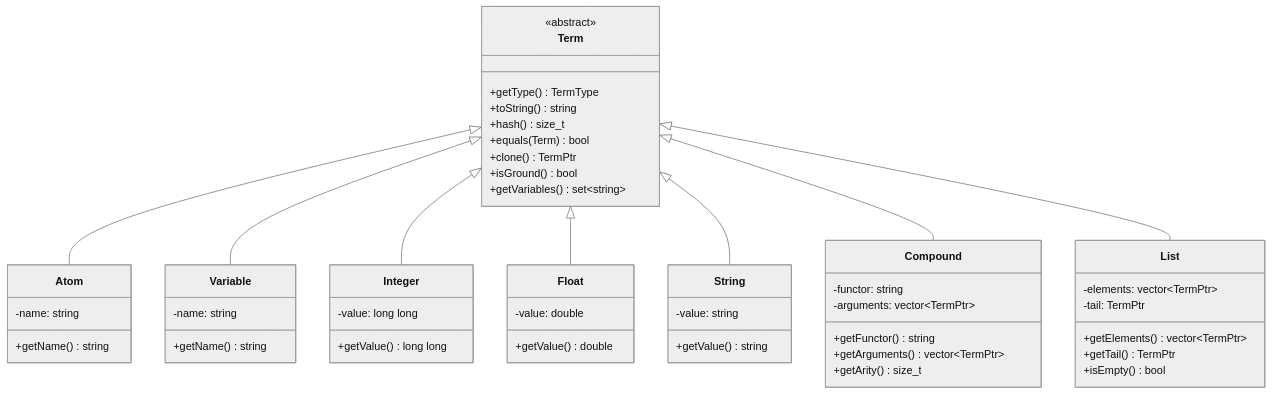
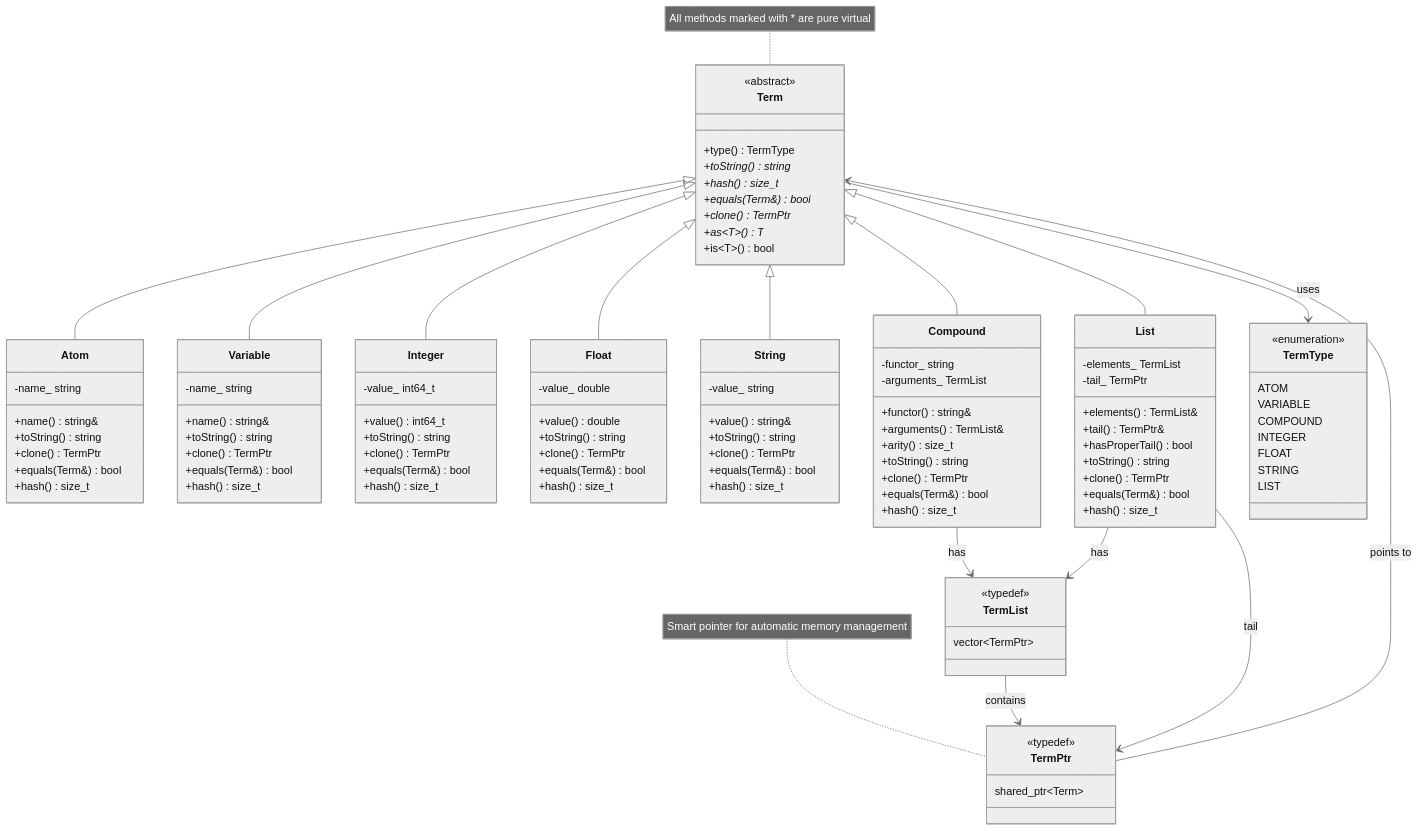
One commit to cschladetsch/CppProlog changed the second of 6 diagrams in docs/ARCHITECTURE.md. Above: the diagram before and after it, drawn with Mermaid (neutral theme). The commit also changed other lines of this file and 4 other files, not shown here.

Commit message:
Add Examples and graphics.

````diff
--- a/docs/ARCHITECTURE.md
+++ b/docs/ARCHITECTURE.md
@@ -96,54 +113,103 @@
 classDiagram
     class Term {
         <<abstract>>
-        +getType() TermType
-        +toString() string
-        +hash() size_t
-        +equals(Term) bool
-        +clone() TermPtr
-        +isGround() bool
-        +getVariables() set~string~
+        +type() TermType
+        +toString() string*
+        +hash() size_t*
+        +equals(Term&) bool*
+        +clone() TermPtr*
+        +as~T~() T*
+        +is~T~() bool
     }
     
     class Atom {
-        -name: string
-        +getName() string
+        -name_ string
+        +name() string&
+        +toString() string
+        +clone() TermPtr
+        +equals(Term&) bool
+        +hash() size_t
     }
     
     class Variable {
-        -name: string
-        +getName() string
+        -name_ string
+        +name() string&
+        +toString() string
+        +clone() TermPtr
+        +equals(Term&) bool
+        +hash() size_t
     }
     
     class Integer {
-        -value: long long
-        +getValue() long long
+        -value_ int64_t
+        +value() int64_t
+        +toString() string
+        +clone() TermPtr
+        +equals(Term&) bool
+        +hash() size_t
     }
     
     class Float {
-        -value: double
-        +getValue() double
+        -value_ double
+        +value() double
+        +toString() string
+        +clone() TermPtr
+        +equals(Term&) bool
+        +hash() size_t
     }
     
     class String {
-        -value: string
-        +getValue() string
+        -value_ string
+        +value() string&
+        +toString() string
+        +clone() TermPtr
+        +equals(Term&) bool
+        +hash() size_t
     }
     
     class Compound {
-        -functor: string
-        -arguments: vector~TermPtr~
-        +getFunctor() string
-        +getArguments() vector~TermPtr~
-        +getArity() size_t
+        -functor_ string
+        -arguments_ TermList
+        +functor() string&
+        +arguments() TermList&
+        +arity() size_t
+        +toString() string
+        +clone() TermPtr
+        +equals(Term&) bool
+        +hash() size_t
     }
     
     class List {
-        -elements: vector~TermPtr~
-        -tail: TermPtr
-        +getElements() vector~TermPtr~
-        +getTail() TermPtr
-        +isEmpty() bool
+        -elements_ TermList
+        -tail_ TermPtr
+        +elements() TermList&
+        +tail() TermPtr&
+        +hasProperTail() bool
+        +toString() string
+        +clone() TermPtr
+        +equals(Term&) bool
+        +hash() size_t
+    }
+    
+    class TermPtr {
+        <<typedef>>
+        shared_ptr~Term~
+    }
+    
+    class TermList {
+        <<typedef>>
+        vector~TermPtr~
+    }
+    
+    class TermType {
+        <<enumeration>>
+        ATOM
+        VARIABLE
+        COMPOUND
+        INTEGER
+        FLOAT
+        STRING
+        LIST
     }
     
     Term <|-- Atom
@@ -153,4 +219,14 @@
     Term <|-- String
     Term <|-- Compound
     Term <|-- List
+    
+    Term --> TermType : uses
+    TermPtr --> Term : points to
+    TermList --> TermPtr : contains
+    Compound --> TermList : has
+    List --> TermList : has
+    List --> TermPtr : tail
+    
+    note for Term "All methods marked with * are pure virtual"
+    note for TermPtr "Smart pointer for automatic memory management"
 ```
````
